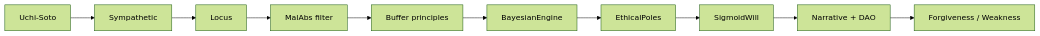
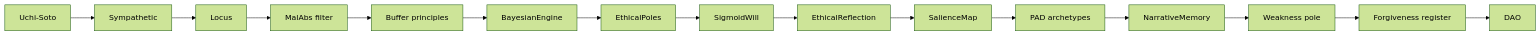
The diagram in docs/THEORY_AND_IMPLEMENTATION.md (CuevazaArt/ethical-android-mvp), drawn with Mermaid (forest theme) before and after one commit. The commit also changed other lines of this file and 2 other files, not shown here.

````diff
--- a/docs/THEORY_AND_IMPLEMENTATION.md
+++ b/docs/THEORY_AND_IMPLEMENTATION.md
@@ -18,12 +18,17 @@
 ```mermaid
 flowchart LR
   A[Uchi-Soto] --> B[Sympathetic]
   B --> C[Locus]
   C --> D[MalAbs filter]
   D --> E[Buffer principles]
   E --> F[BayesianEngine]
   F --> G[EthicalPoles]
   G --> H[SigmoidWill]
-  H --> I[Narrative + DAO]
-  I --> J[Forgiveness / Weakness]
+  H --> R[EthicalReflection]
+  R --> S[SalienceMap]
+  S --> P[PAD archetypes]
+  P --> I[NarrativeMemory]
+  I --> J[Weakness pole]
+  J --> K[Forgiveness register]
+  K --> L[DAO]
 ```
````
